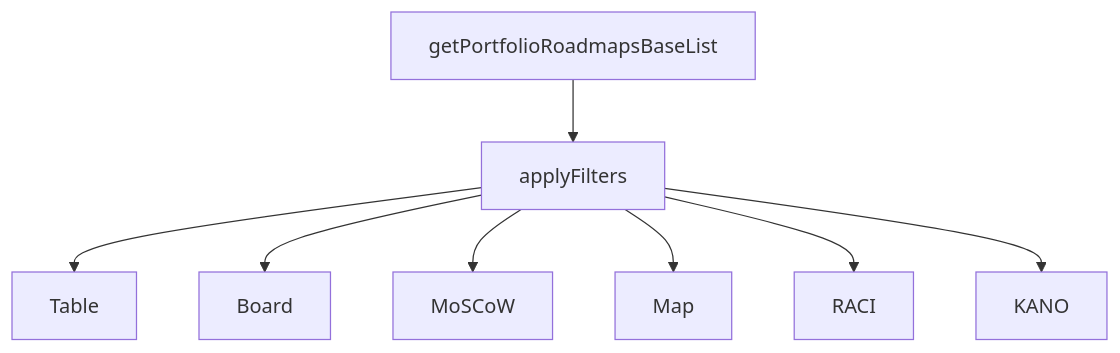
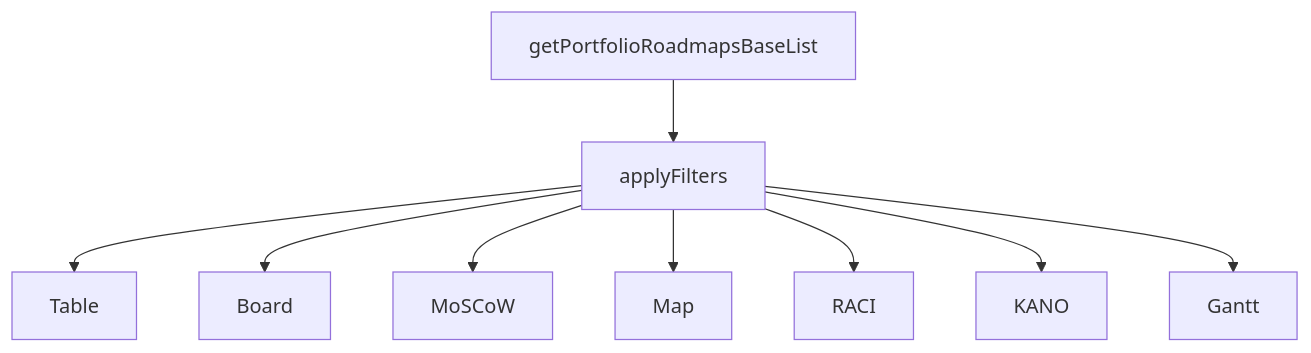
The second of 3 diagrams in docs/FEATURE_LOGIC_AND_CONSTRAINTS.md (RifqiMT/pm-prioritization-tool), drawn with Mermaid before and after one commit. The commit also changed other lines of this file and 44 other files, not shown here.

First line of the commit message:
feat(gantt): seventh portfolio timeline view, roadmap deadlines, and ui196

````diff
--- a/docs/FEATURE_LOGIC_AND_CONSTRAINTS.md
+++ b/docs/FEATURE_LOGIC_AND_CONSTRAINTS.md
@@ -330,12 +341,13 @@
 ```mermaid
 flowchart TB
   SCOPE[getPortfolioRoadmapsBaseList]
   FILT[applyFilters]
   SCOPE --> FILT
   FILT --> T[Table]
   FILT --> B[Board]
   FILT --> M[MoSCoW]
   FILT --> MAP[Map]
   FILT --> R[RACI]
   FILT --> K[KANO]
+  FILT --> G[Gantt]
 ```
````
